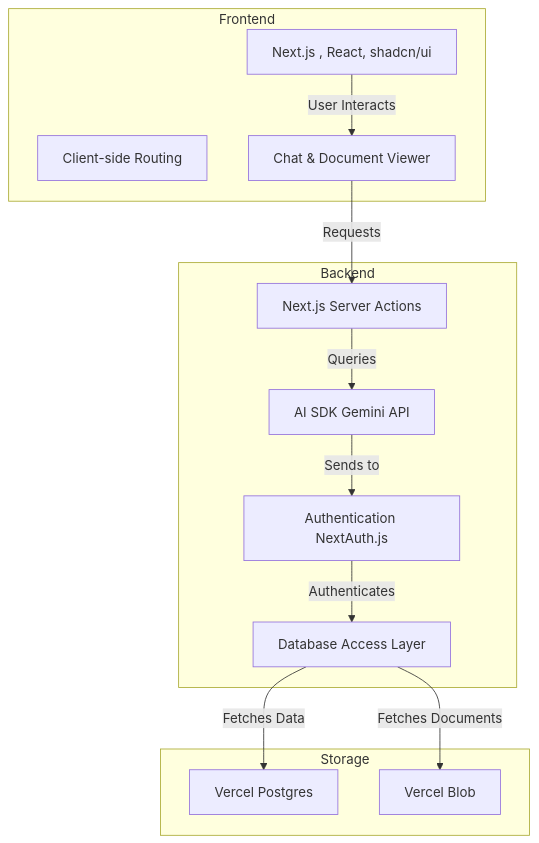
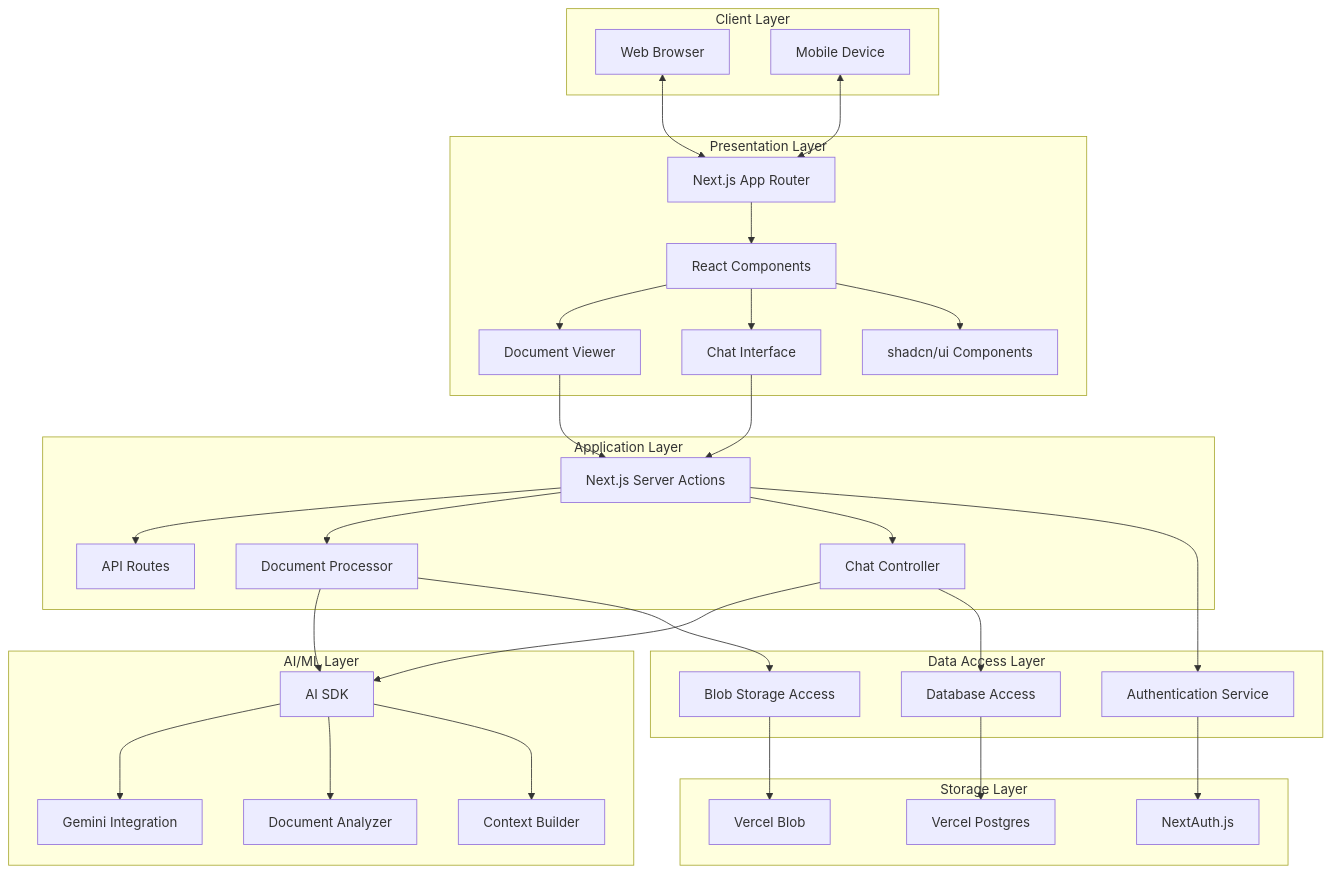
Before and after one commit to Priyanshuthapliyal2005/chatpdf: the third of 4 diagrams in README.md, drawn with Mermaid. The commit also changed other lines of this file, not shown here.

````diff
--- a/README.md
+++ b/README.md
@@ -90,28 +123,78 @@
 ```mermaid
 graph TD
-    subgraph Frontend
-        A1[Next.js , React, shadcn/ui]
-        A2[Client-side Routing]
-        A3[Chat & Document Viewer]
+    %% Client Layer
+    subgraph "Client Layer"
+        CL1[Web Browser]
+        CL2[Mobile Device]
     end
-
-    subgraph Backend
-        B1[Next.js Server Actions]
-        B2[AI SDK Gemini API]
-        B3[Authentication NextAuth.js]
-        B4[Database Access Layer]
+    
+    %% Presentation Layer
+    subgraph "Presentation Layer"
+        PL1[Next.js App Router]
+        PL2[React Components]
+        PL3[Document Viewer]
+        PL4[Chat Interface]
+        PL5[shadcn/ui Components]
     end
-
-    subgraph Storage
-        C1[Vercel Postgres]
-        C2[Vercel Blob]
+    
+    %% Application Layer
+    subgraph "Application Layer"
+        AL1[Next.js Server Actions]
+        AL2[API Routes]
+        AL3[Document Processor]
+        AL4[Chat Controller]
     end
-
-    A1 -->|User Interacts| A3
-    A3 -->|Requests| B1
-    B1 -->|Queries| B2
-    B2 -->|Sends to| B3
-    B3 -->|Authenticates| B4
-    B4 -->|Fetches Data| C1
-    B4 -->|Fetches Documents| C2
+    
+    %% AI/ML Layer
+    subgraph "AI/ML Layer"
+        ML1[AI SDK]
+        ML2[Gemini Integration]
+        ML3[Document Analyzer]
+        ML4[Context Builder]
+    end
+    
+    %% Data Access Layer
+    subgraph "Data Access Layer"
+        DL1[Authentication Service]
+        DL2[Database Access]
+        DL3[Blob Storage Access]
+    end
+    
+    %% Storage Layer
+    subgraph "Storage Layer"
+        SL1[NextAuth.js]
+        SL2[Vercel Postgres]
+        SL3[Vercel Blob]
+    end
+    
+    %% Connections
+    CL1 <--> PL1
+    CL2 <--> PL1
+    
+    PL1 --> PL2
+    PL2 --> PL3
+    PL2 --> PL4
+    PL2 --> PL5
+    
+    PL3 --> AL1
+    PL4 --> AL1
+    
+    AL1 --> AL2
+    AL1 --> AL3
+    AL1 --> AL4
+    
+    AL3 --> ML1
+    AL4 --> ML1
+    
+    ML1 --> ML2
+    ML1 --> ML3
+    ML1 --> ML4
+    
+    AL1 --> DL1
+    AL3 --> DL3
+    AL4 --> DL2
+    
+    DL1 --> SL1
+    DL2 --> SL2
+    DL3 --> SL3
 ```
````
